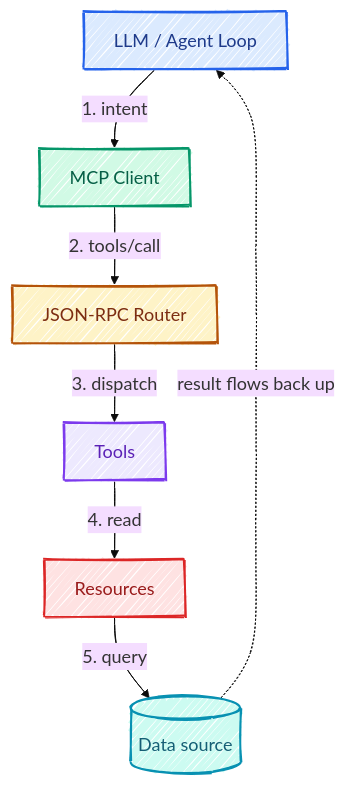
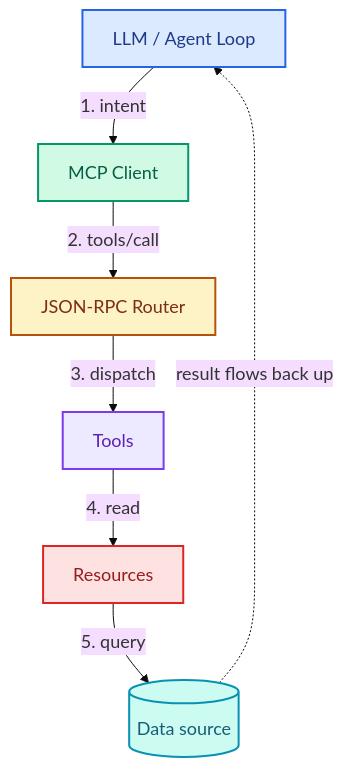
One commit to rafique1990/rafique1990.github.io changed the diagram in _posts/2026-09-21-mcp-protocol-best-practices.md. Above: the diagram before and after it, drawn with Mermaid. The commit also changed 5 other files, not shown here.

First line of the commit message:
blog: search + pagination, GitHub comments, diagram lightbox, top nav

````diff
--- a/_posts/2026-09-21-mcp-protocol-best-practices.md
+++ b/_posts/2026-09-21-mcp-protocol-best-practices.md
@@ -37,31 +37,30 @@
 ```mermaid
 ---
 config:
-  look: handDrawn
   theme: base
   themeVariables:
     fontFamily: '"Kalam", cursive'
     fontSize: "18px"
 ---
 flowchart TB
     LLM["LLM / Agent Loop"]:::blue
     Client["MCP Client"]:::green
     Router["JSON-RPC Router"]:::amber
     Tools["Tools"]:::violet
     Res["Resources"]:::red
     DB[("Data source")]:::teal
 
     LLM -->|"1. intent"| Client
     Client -->|"2. tools/call"| Router
     Router -->|"3. dispatch"| Tools
     Tools -->|"4. read"| Res
     Res -->|"5. query"| DB
     DB -.->|"result flows back up"| LLM
 
     classDef blue fill:#DBEAFE,stroke:#2563EB,stroke-width:2px,color:#1E3A8A;
     classDef green fill:#D1FAE5,stroke:#059669,stroke-width:2px,color:#065F46;
     classDef amber fill:#FEF3C7,stroke:#B45309,stroke-width:2px,color:#7C2D12;
     classDef violet fill:#EDE9FE,stroke:#7C3AED,stroke-width:2px,color:#5B21B6;
     classDef red fill:#FEE2E2,stroke:#DC2626,stroke-width:2px,color:#991B1B;
     classDef teal fill:#CCFBF1,stroke:#0891B2,stroke-width:2px,color:#155E75;
 ```
````
